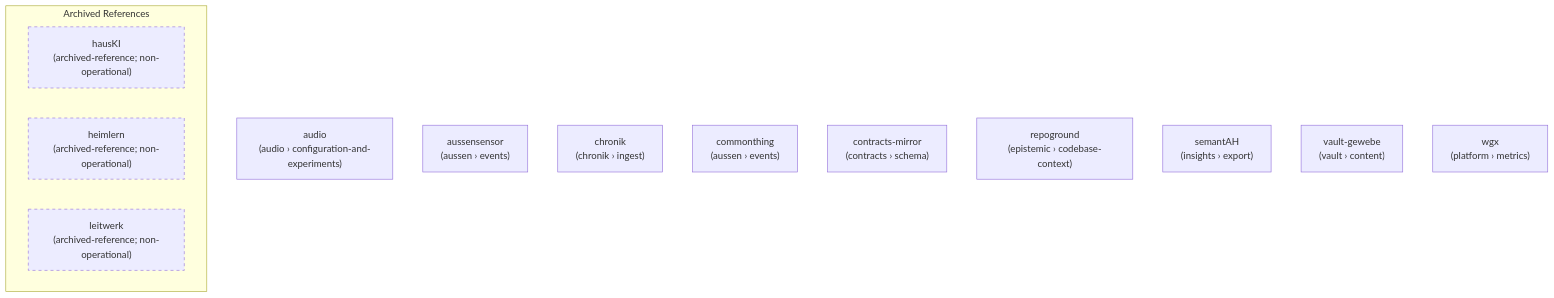
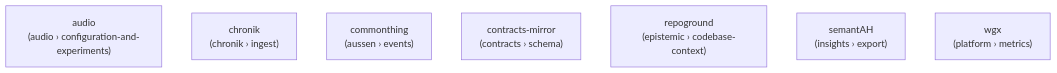
The diagram in docs/org-graph.mmd (heimgewebe/metarepo), drawn with Mermaid before and after one commit. The commit also changed 69 other files, not shown here.

```diff
--- a/docs/org-graph.mmd
+++ b/docs/org-graph.mmd
@@ -1,20 +1,10 @@
 %% Org dependency graph
 %% Generated by scripts/generate_org_assets.py; do not edit manually.
 graph TD
     audio["audio\n(audio › configuration-and-experiments)"]
-    aussensensor["aussensensor\n(aussen › events)"]
     chronik["chronik\n(chronik › ingest)"]
     commonthing["commonthing\n(aussen › events)"]
     contracts_mirror["contracts-mirror\n(contracts › schema)"]
     repoground["repoground\n(epistemic › codebase-context)"]
     semantAH["semantAH\n(insights › export)"]
-    vault_gewebe["vault-gewebe\n(vault › content)"]
     wgx["wgx\n(platform › metrics)"]
-    subgraph archived_references["Archived References"]
-        archived_hausKI["hausKI\n(archived-reference; non-operational)"]
-        style archived_hausKI stroke-dasharray: 5 5
-        archived_heimlern["heimlern\n(archived-reference; non-operational)"]
-        style archived_heimlern stroke-dasharray: 5 5
-        archived_leitwerk["leitwerk\n(archived-reference; non-operational)"]
-        style archived_leitwerk stroke-dasharray: 5 5
-    end
```
